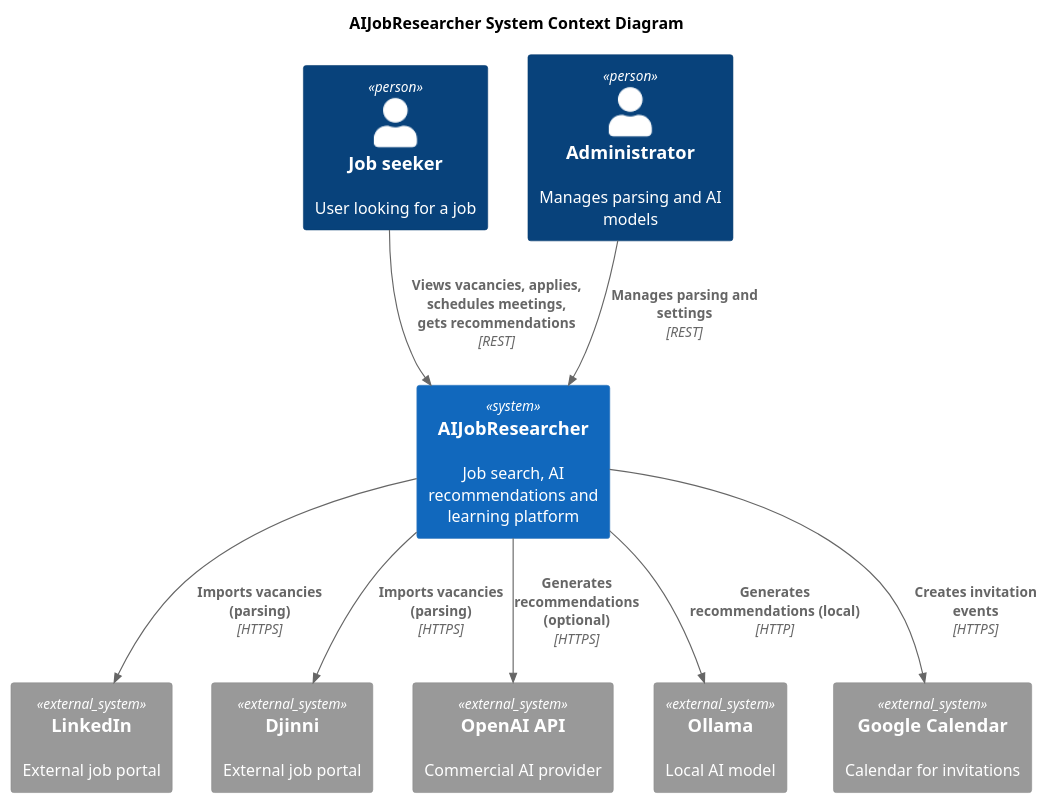
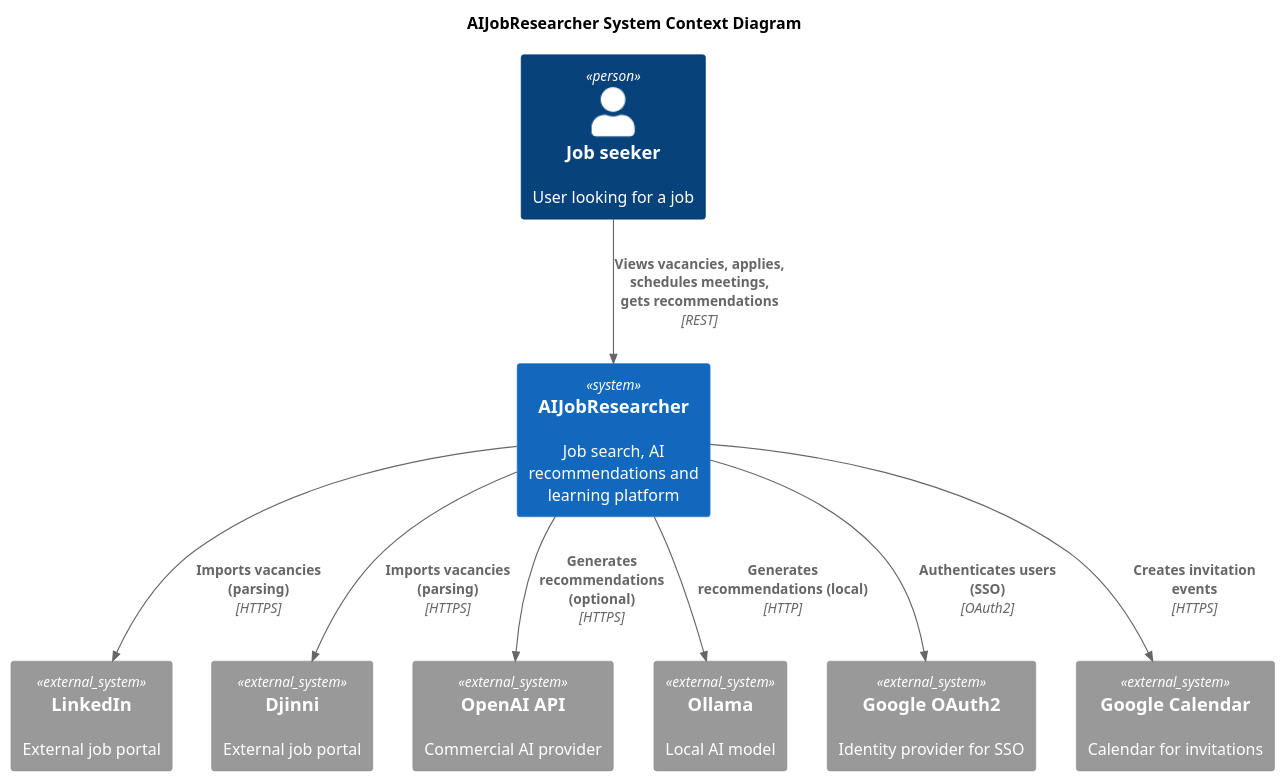
The diagram in docs/c4/context.puml (AIJobResearcher/docs), drawn with PlantUML before and after one commit. The commit also changed 61 other files, not shown here.

```diff
--- a/docs/c4/context.puml
+++ b/docs/c4/context.puml
@@ -1,25 +1,25 @@
 @startuml
 !include https://raw.githubusercontent.com/plantuml-stdlib/C4-PlantUML/master/C4_Context.puml
 
 title AIJobResearcher System Context Diagram
 
 Person(seeker, "Job seeker", "User looking for a job")
-Person(admin, "Administrator", "Manages parsing and AI models")
 
 System(ai_job_researcher, "AIJobResearcher", "Job search, AI recommendations and learning platform")
 
 System_Ext(linkedin, "LinkedIn", "External job portal")
 System_Ext(djinni, "Djinni", "External job portal")
 System_Ext(openai, "OpenAI API", "Commercial AI provider")
 System_Ext(ollama, "Ollama", "Local AI model")
+System_Ext(google_auth, "Google OAuth2", "Identity provider for SSO")
 System_Ext(google_calendar, "Google Calendar", "Calendar for invitations")
 
 Rel(seeker, ai_job_researcher, "Views vacancies, applies, schedules meetings, gets recommendations", "REST")
-Rel(admin, ai_job_researcher, "Manages parsing and settings", "REST")
+Rel(ai_job_researcher, google_auth, "Authenticates users (SSO)", "OAuth2")
 Rel(ai_job_researcher, linkedin, "Imports vacancies (parsing)", "HTTPS")
 Rel(ai_job_researcher, djinni, "Imports vacancies (parsing)", "HTTPS")
 Rel(ai_job_researcher, openai, "Generates recommendations (optional)", "HTTPS")
 Rel(ai_job_researcher, ollama, "Generates recommendations (local)", "HTTP")
 Rel(ai_job_researcher, google_calendar, "Creates invitation events", "HTTPS")
 
 @enduml
```
